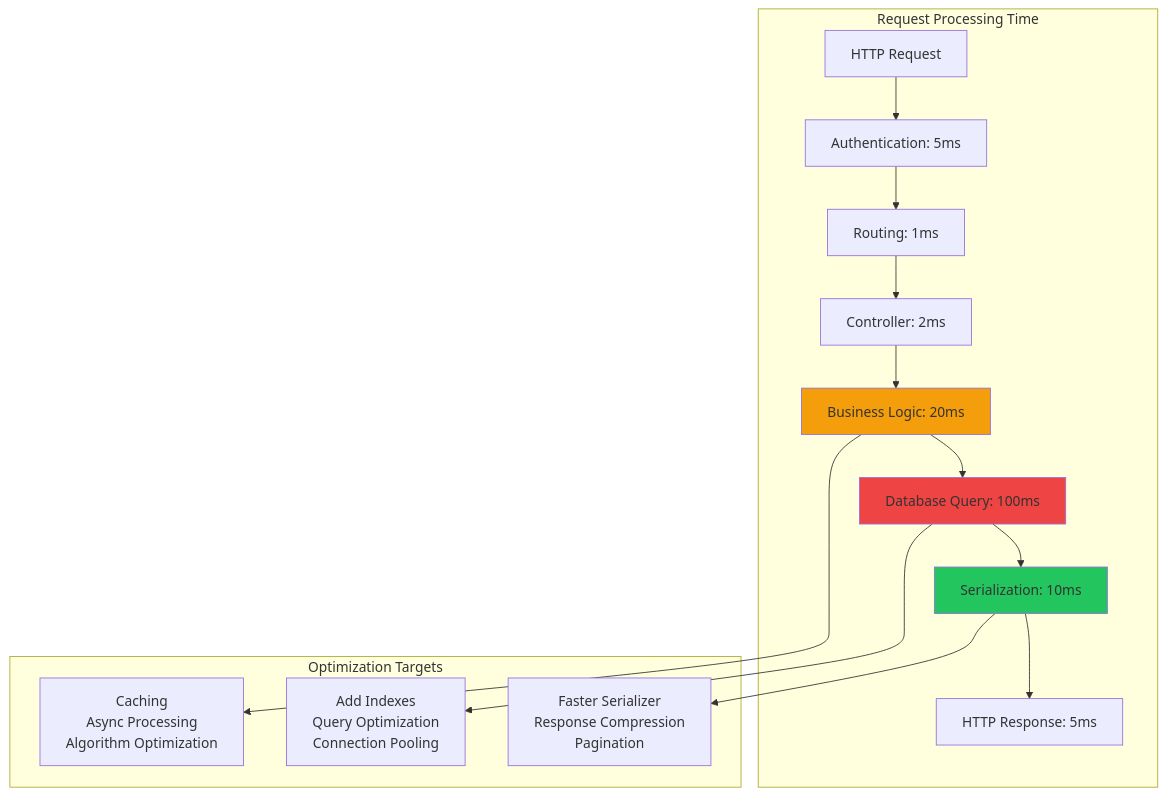
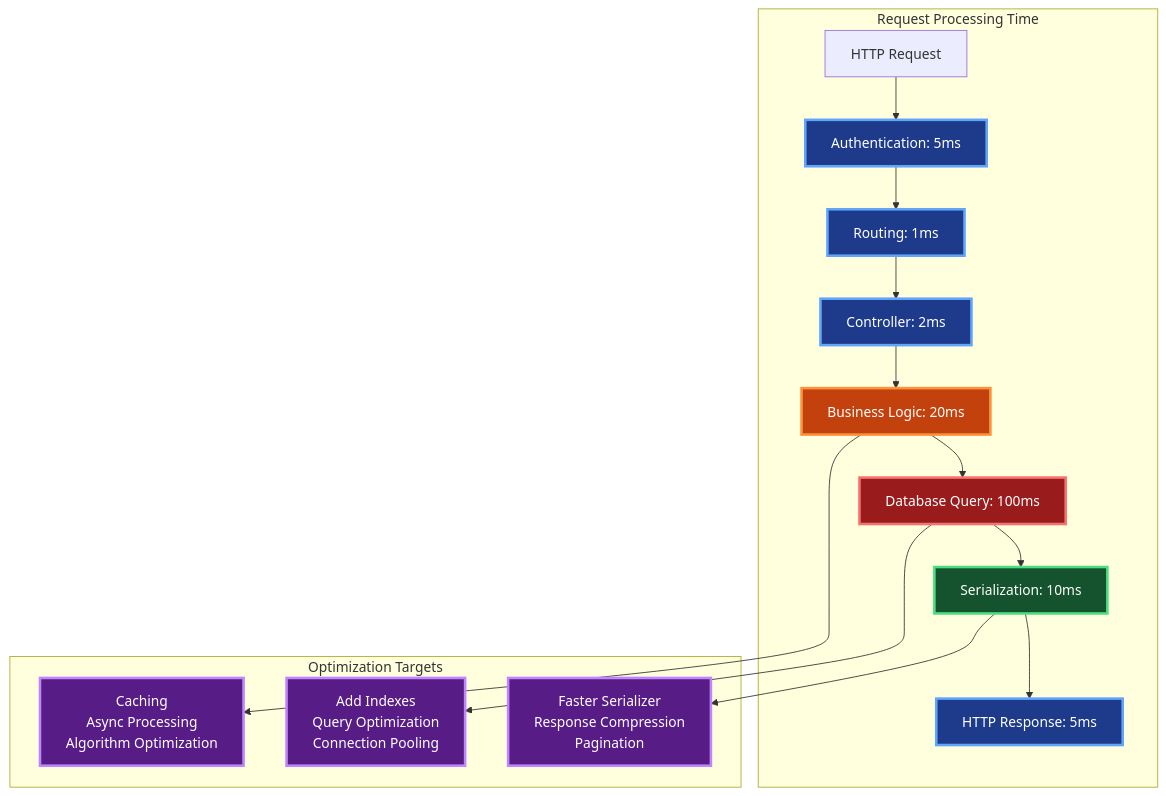
Before and after one commit to mleppedev/aio: the diagram in docs/tablas/performance-optimization.md, drawn with Mermaid. The commit also changed 16 other files, not shown here.

````diff
--- a/docs/tablas/performance-optimization.md
+++ b/docs/tablas/performance-optimization.md
@@ -171,22 +171,30 @@
 ```mermaid
 graph TB
     subgraph "Request Processing Time"
         A[HTTP Request] --> B[Authentication: 5ms]
         B --> C[Routing: 1ms]
         C --> D[Controller: 2ms]
         D --> E[Business Logic: 20ms]
         E --> F[Database Query: 100ms]
         F --> G[Serialization: 10ms]
         G --> H[HTTP Response: 5ms]
     end
 
     subgraph "Optimization Targets"
         F --> I[Add Indexes<br/>Query Optimization<br/>Connection Pooling]
         E --> J[Caching<br/>Async Processing<br/>Algorithm Optimization]
         G --> K[Faster Serializer<br/>Response Compression<br/>Pagination]
     end
 
-    style F fill:#ef4444
-    style E fill:#f59e0b
-    style G fill:#22c55e
+    classDef critical fill:#991b1b,stroke:#f87171,stroke-width:3px,color:#ffffff
+    classDef important fill:#c2410c,stroke:#fb923c,stroke-width:3px,color:#ffffff
+    classDef moderate fill:#14532d,stroke:#4ade80,stroke-width:3px,color:#ffffff
+    classDef fast fill:#1e3a8a,stroke:#60a5fa,stroke-width:3px,color:#ffffff
+    classDef optimization fill:#581c87,stroke:#c084fc,stroke-width:3px,color:#ffffff
+    
+    class F critical
+    class E important
+    class G moderate
+    class B,C,D,H fast
+    class I,J,K optimization
 ```
````
